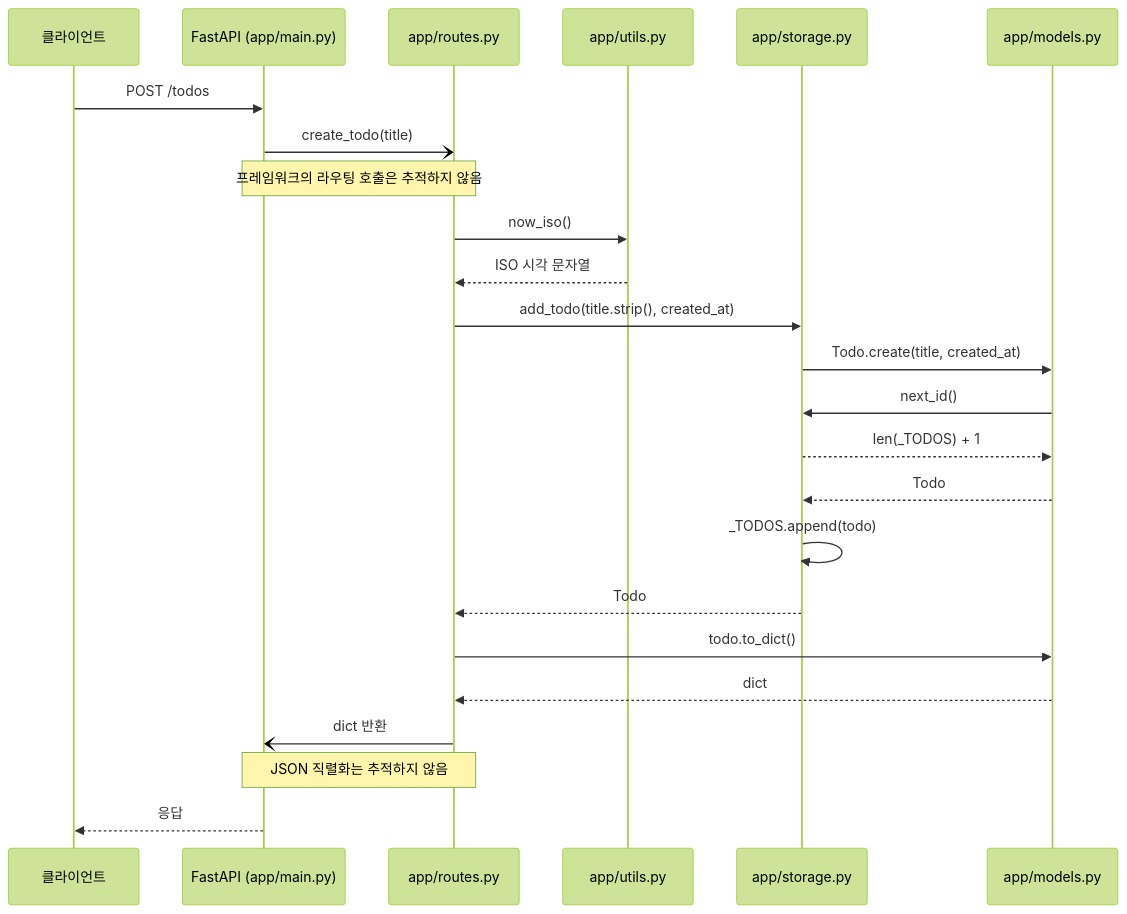
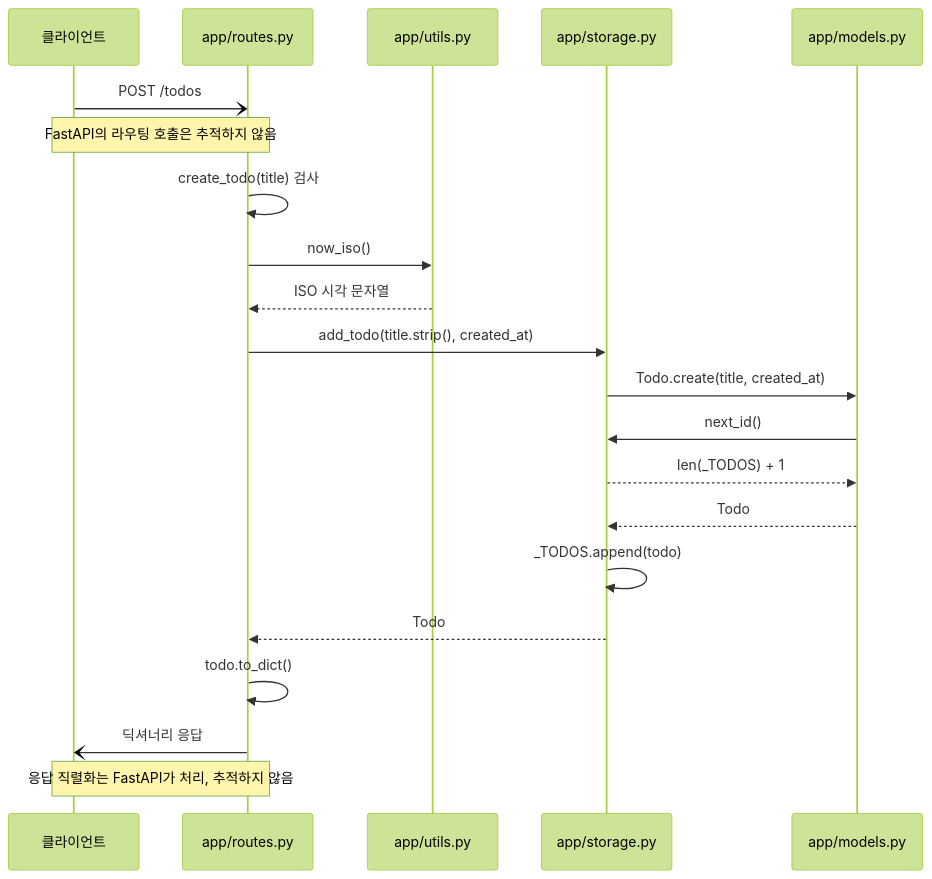
The first of 3 diagrams in examples/python-todo-api/docs/codemap/sequence-flow.md (hxxnn/codemap), drawn with Mermaid (forest theme) before and after one commit. The commit also changed other lines of this file and 45 other files, not shown here.

````diff
--- a/examples/python-todo-api/docs/codemap/sequence-flow.md
+++ b/examples/python-todo-api/docs/codemap/sequence-flow.md
@@ -18,26 +18,23 @@
 ```mermaid
 sequenceDiagram
   participant C as 클라이언트
-  participant F as FastAPI (app/main.py)
   participant R as app/routes.py
   participant U as app/utils.py
   participant S as app/storage.py
   participant M as app/models.py
-  C->>F: POST /todos
-  F-)R: create_todo(title)
-  Note over F,R: 프레임워크의 라우팅 호출은 추적하지 않음
+  C-)R: POST /todos
+  Note over C,R: FastAPI의 라우팅 호출은 추적하지 않음
+  R->>R: create_todo(title) 검사
   R->>U: now_iso()
   U-->>R: ISO 시각 문자열
   R->>S: add_todo(title.strip(), created_at)
   S->>M: Todo.create(title, created_at)
   M->>S: next_id()
   S-->>M: len(_TODOS) + 1
   M-->>S: Todo
   S->>S: _TODOS.append(todo)
   S-->>R: Todo
-  R->>M: todo.to_dict()
-  M-->>R: dict
-  R-)F: dict 반환
-  Note over R,F: JSON 직렬화는 추적하지 않음
-  F-->>C: 응답
+  R->>R: todo.to_dict()
+  R-)C: 딕셔너리 응답
+  Note over R,C: 응답 직렬화는 FastAPI가 처리, 추적하지 않음
 ```
````
